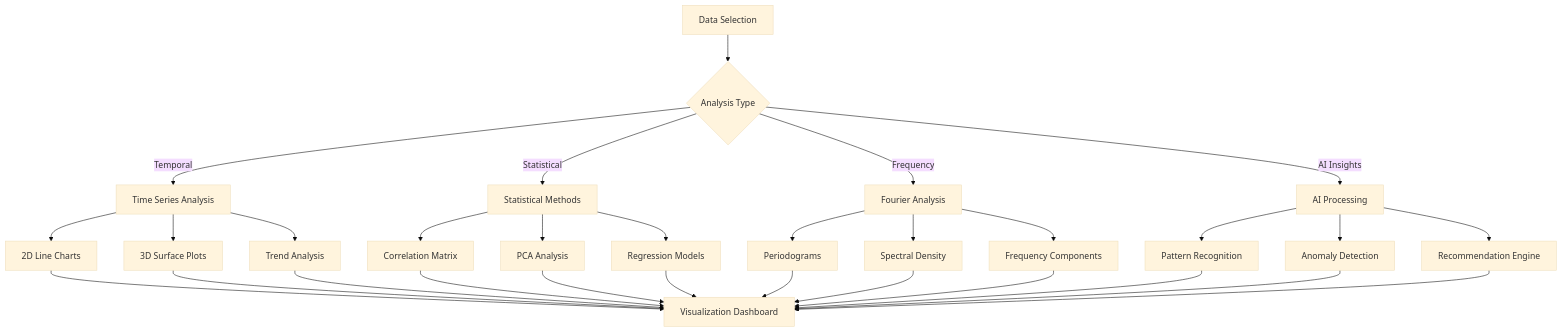
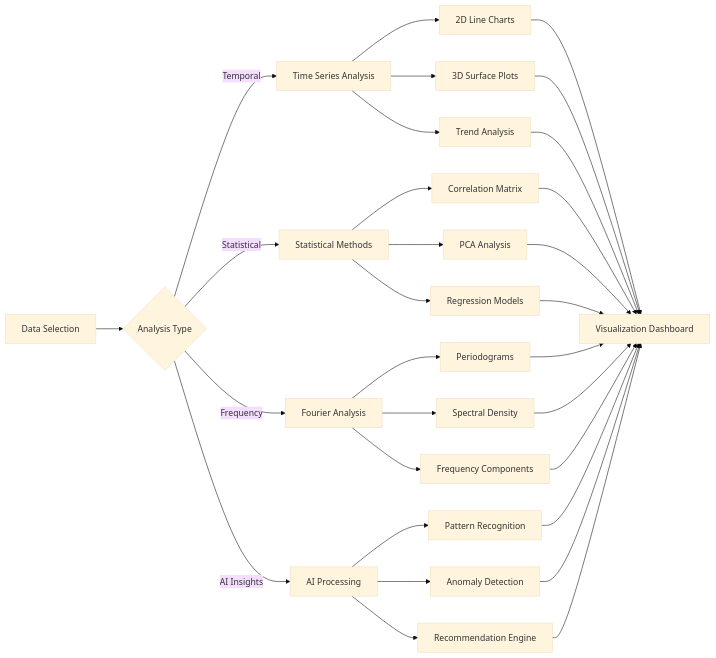
The seventh of 9 diagrams in README.md (Wise-Connex/management-tools-analysis-dashboard), drawn with Mermaid (base theme) before and after one commit. The commit also changed other lines of this file, not shown here.

Commit message:
Optimize flowchart orientations in README.md
- Change analysis types flowchart to left-to-right for better readability
- Adjust configuration architecture to left-to-right layout
- Improve visual flow and consistency across diagrams

📊 Enhanced diagram layout for better user experience

````diff
--- a/README.md
+++ b/README.md
@@ -299,37 +299,37 @@
 ```mermaid
-flowchart TD
+flowchart LR
     A[Data Selection] --> B{Analysis Type}
     
     B -->|Temporal| C[Time Series Analysis]
     C --> C1[2D Line Charts]
     C --> C2[3D Surface Plots]
     C --> C3[Trend Analysis]
     
     B -->|Statistical| D[Statistical Methods]
     D --> D1[Correlation Matrix]
     D --> D2[PCA Analysis]
     D --> D3[Regression Models]
     
     B -->|Frequency| E[Fourier Analysis]
     E --> E1[Periodograms]
     E --> E2[Spectral Density]
     E --> E3[Frequency Components]
     
     B -->|AI Insights| F[AI Processing]
     F --> F1[Pattern Recognition]
     F --> F2[Anomaly Detection]
     F --> F3[Recommendation Engine]
     
     C1 --> G[Visualization Dashboard]
     C2 --> G
     C3 --> G
     D1 --> G
     D2 --> G
     D3 --> G
     E1 --> G
     E2 --> G
     E3 --> G
     F1 --> G
     F2 --> G
     F3 --> G
 ```
````
